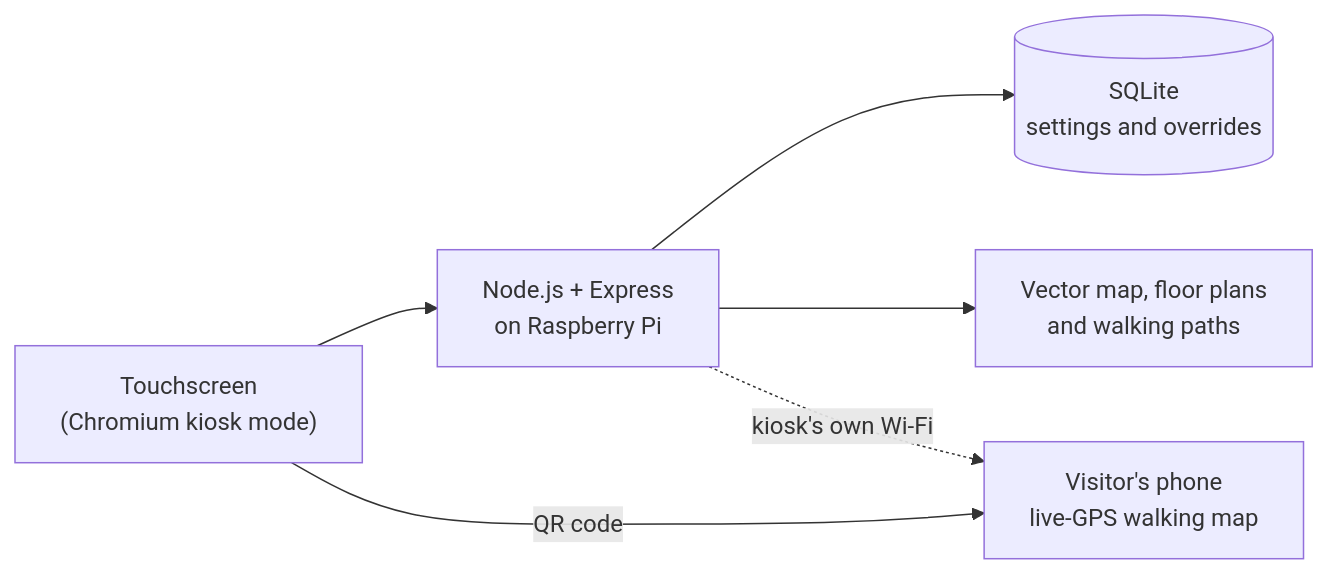
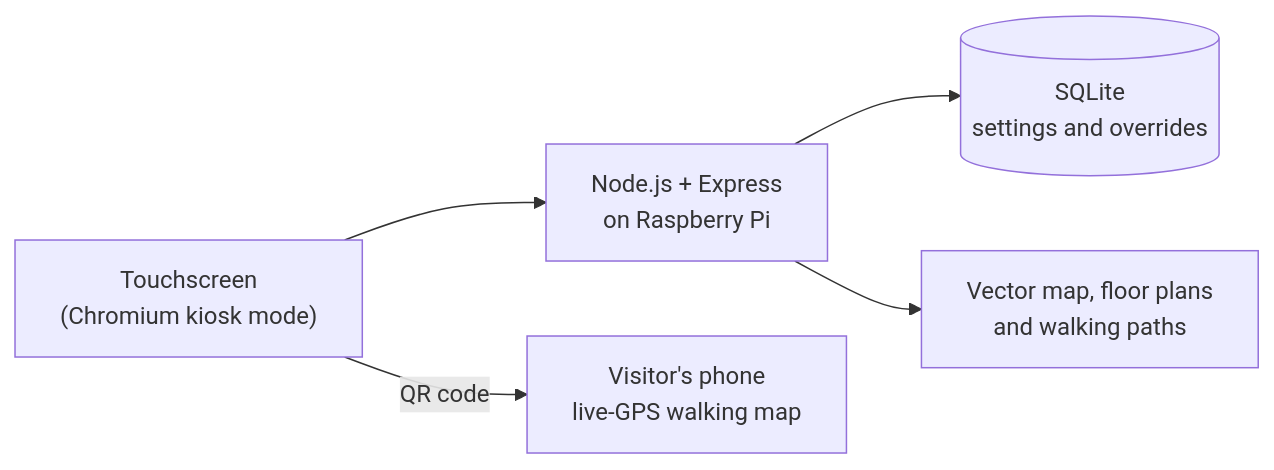
The first of 2 diagrams in README.md (jeedp/jeedp), drawn with Mermaid before and after one commit. The commit also changed other lines of this file and 8 other files, not shown here.

````diff
--- a/README.md
+++ b/README.md
@@ -69,8 +35,7 @@
 ```mermaid
 flowchart LR
   K["Touchscreen<br/>(Chromium kiosk mode)"] --> S["Node.js + Express<br/>on Raspberry Pi"]
   S --> D[("SQLite<br/>settings and overrides")]
   S --> M["Vector map, floor plans<br/>and walking paths"]
   K -- "QR code" --> P["Visitor's phone<br/>live-GPS walking map"]
-  S -. "kiosk's own Wi-Fi" .-> P
 ```
````
